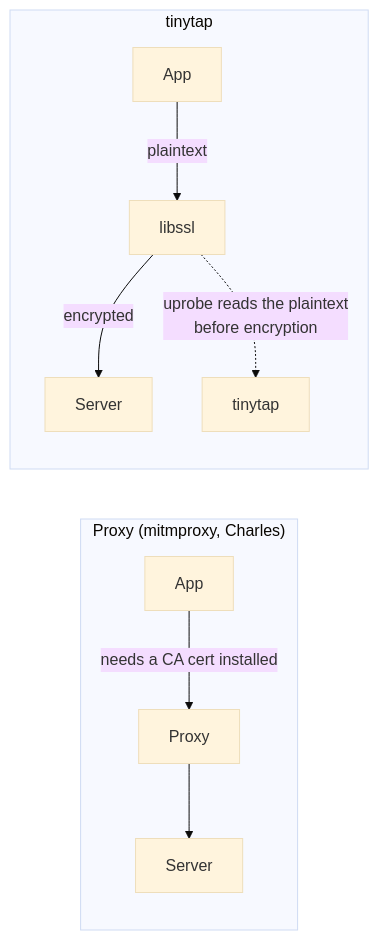
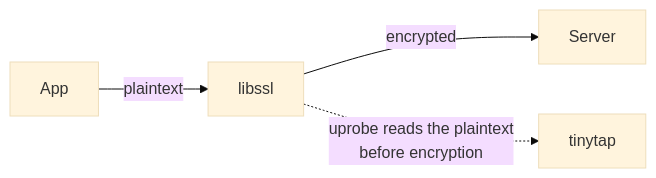
Before and after one commit to shinagawa-web/tinytap: the first of 5 diagrams in site/content/docs/use-cases.md, drawn with Mermaid (base theme).

Commit message:
docs(site): drop the proxy comparison from the HTTPS use-case diagram

````diff
--- a/site/content/docs/use-cases.md
+++ b/site/content/docs/use-cases.md
@@ -27,12 +27,6 @@
 ```mermaid
 flowchart LR
-    subgraph proxy["Proxy (mitmproxy, Charles)"]
-        A1["App"] -->|"needs a CA cert installed"| P["Proxy"]
-        P --> S1["Server"]
-    end
-    subgraph tap["tinytap"]
-        A2["App"] -->|"plaintext"| L["libssl"]
-        L -->|"encrypted"| S2["Server"]
-        L -.->|"uprobe reads the plaintext\nbefore encryption"| T["tinytap"]
-    end
+    A["App"] -->|"plaintext"| L["libssl"]
+    L -->|"encrypted"| S["Server"]
+    L -.->|"uprobe reads the plaintext\nbefore encryption"| T["tinytap"]
 ```
````
